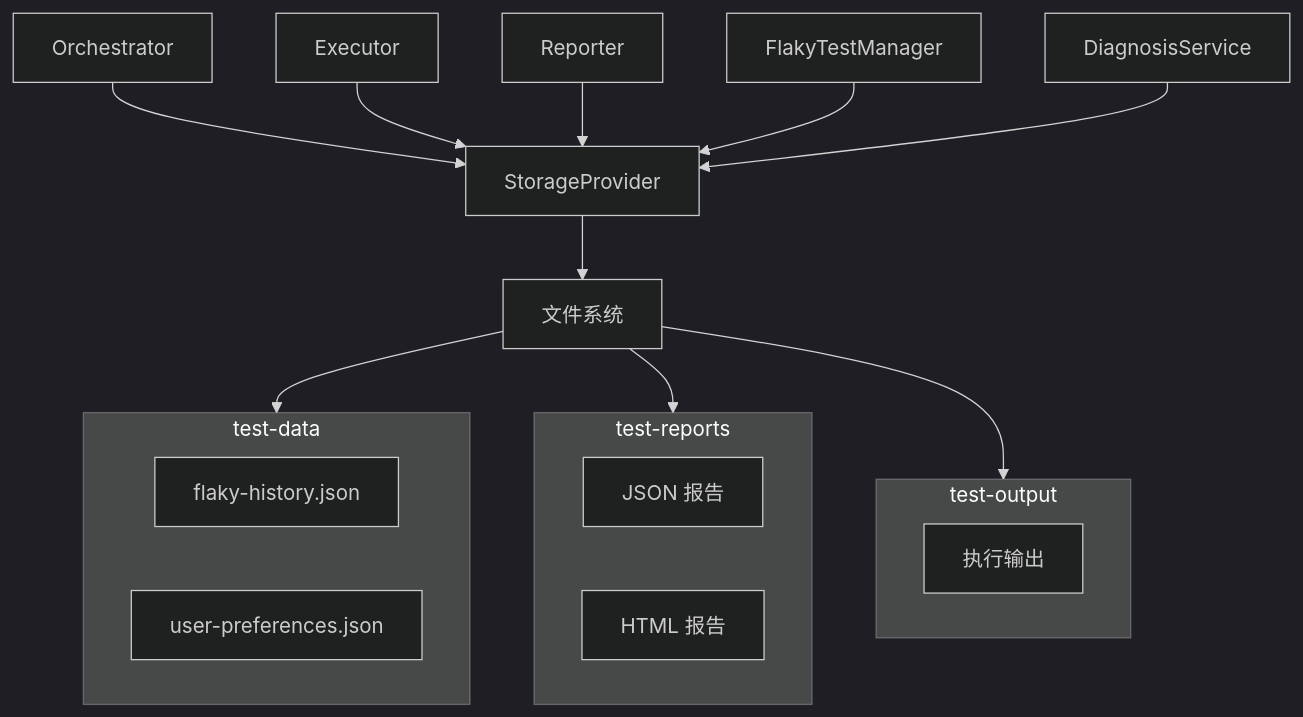
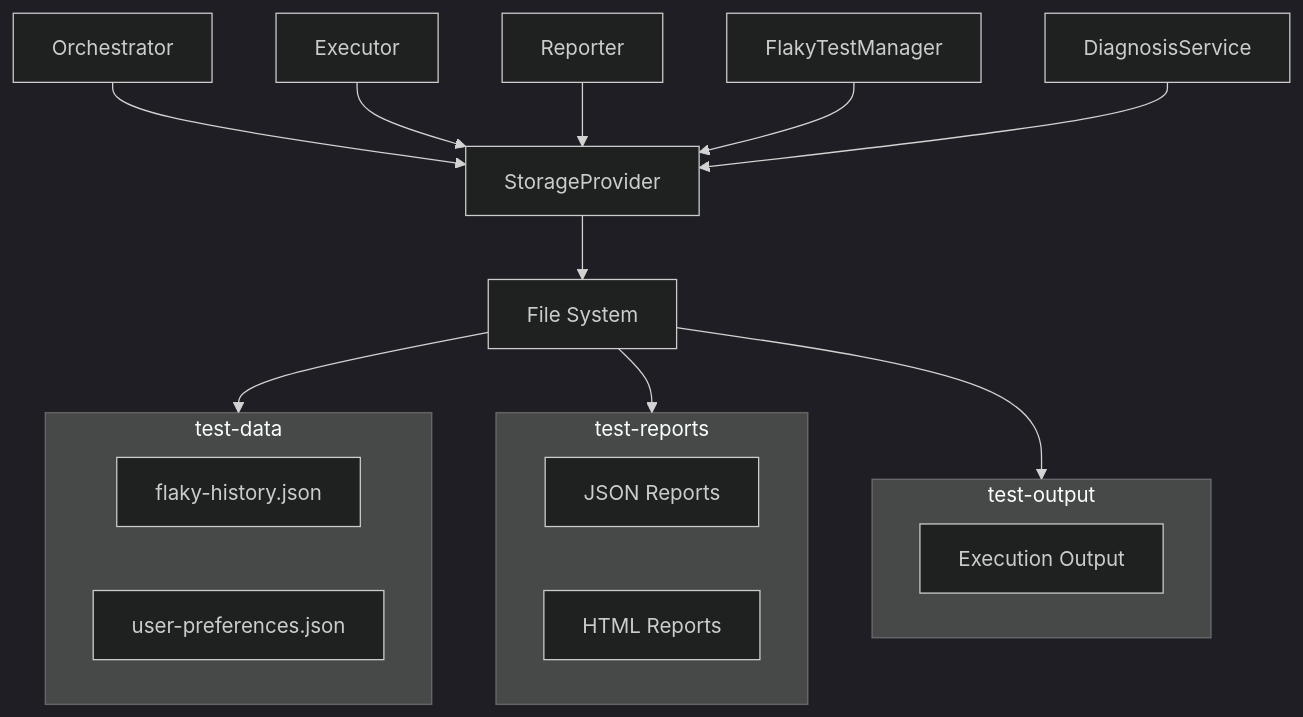
The fourth of 4 diagrams in documentation/architecture.md (yuandiv/yuantest-playwright), drawn with Mermaid (dark theme) before and after one commit. The commit also changed other lines of this file and 129 other files, not shown here.

````diff
--- a/documentation/architecture.md
+++ b/documentation/architecture.md
@@ -216,28 +216,28 @@
 ```mermaid
 flowchart TB
     ORC[Orchestrator] --> STO[StorageProvider]
     EXE[Executor] --> STO
     RPT[Reporter] --> STO
     FTM[FlakyTestManager] --> STO
     DIA[DiagnosisService] --> STO
 
-    STO --> FS[文件系统]
+    STO --> FS[File System]
 
     subgraph test-data
         FH[flaky-history.json]
         UP[user-preferences.json]
     end
 
     subgraph test-reports
-        JR[JSON 报告]
-        HR[HTML 报告]
+        JR[JSON Reports]
+        HR[HTML Reports]
     end
 
     subgraph test-output
-        TO[执行输出]
+        TO[Execution Output]
     end
 
     FS --> test-data
     FS --> test-reports
     FS --> test-output
 ```
````
